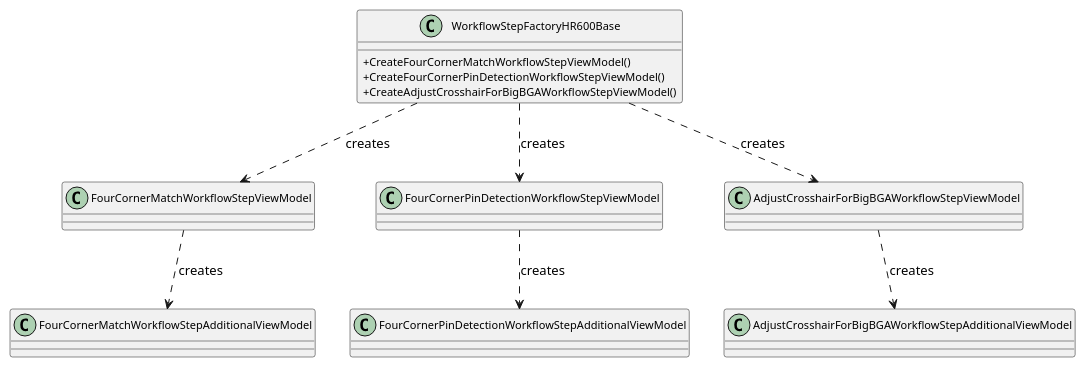
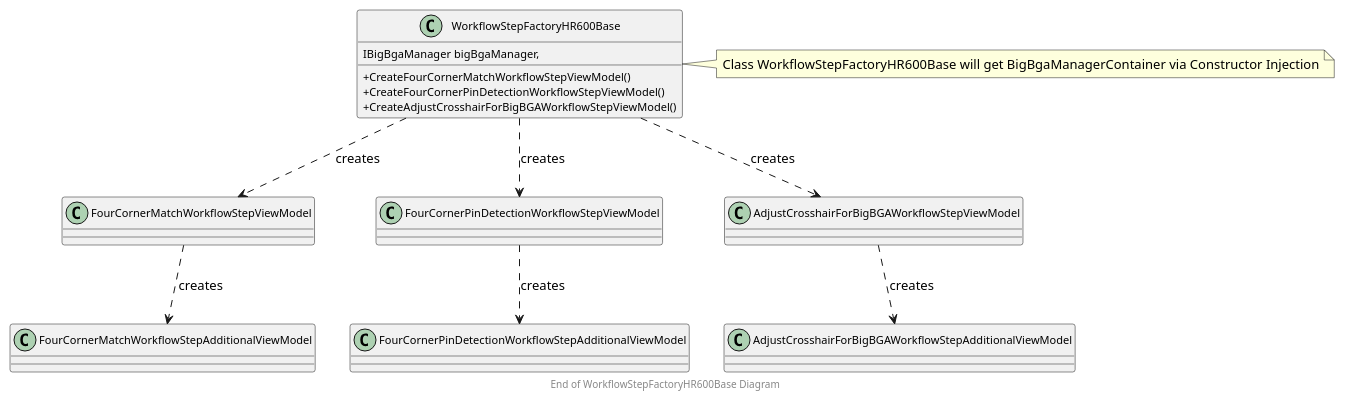
One commit to udohof/UML changed the diagram in WorkflowStepFactoryHR600Base.puml. Above: the diagram before and after it, drawn with PlantUML. The commit also changed 7 other files, not shown here.

Commit message:
Remove obsolete FourCornerPinDetection diagram and add comprehensive diagrams for AdjustCrosshairForBigBGA, FindFourCornerMatchProcess, FourCornerPinDetectionProcess, ComponentManagerFactoryHR600Base, and ReworkWorkflowViewModelHR600Base.

```diff
--- a/WorkflowStepFactoryHR600Base.puml
+++ b/WorkflowStepFactoryHR600Base.puml
@@ -1,21 +1,28 @@
 @startuml WorkflowStepFactoryHR600Base
 skinparam classAttributeIconSize 0
 skinparam classFontSize 12
 skinparam classAttributeFontSize 11
 skinparam classMethodFontSize 11
 
 class WorkflowStepFactoryHR600Base {
+    IBigBgaManager bigBgaManager,
     +CreateFourCornerMatchWorkflowStepViewModel()
     +CreateFourCornerPinDetectionWorkflowStepViewModel()
     +CreateAdjustCrosshairForBigBGAWorkflowStepViewModel()
 }
+note right
+Class WorkflowStepFactoryHR600Base will get BigBgaManagerContainer via Constructor Injection
+end note
 
 WorkflowStepFactoryHR600Base ..> FourCornerMatchWorkflowStepViewModel : creates
 WorkflowStepFactoryHR600Base ..> FourCornerPinDetectionWorkflowStepViewModel : creates
 WorkflowStepFactoryHR600Base ..> AdjustCrosshairForBigBGAWorkflowStepViewModel : creates
 
+
 FourCornerMatchWorkflowStepViewModel ..> FourCornerMatchWorkflowStepAdditionalViewModel : creates
 FourCornerPinDetectionWorkflowStepViewModel ..> FourCornerPinDetectionWorkflowStepAdditionalViewModel : creates
 AdjustCrosshairForBigBGAWorkflowStepViewModel ..> AdjustCrosshairForBigBGAWorkflowStepAdditionalViewModel : creates
 
+footer == End of WorkflowStepFactoryHR600Base Diagram ==
+
 @enduml
```
